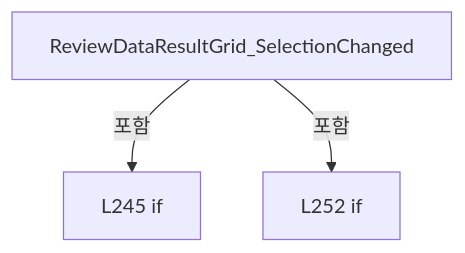
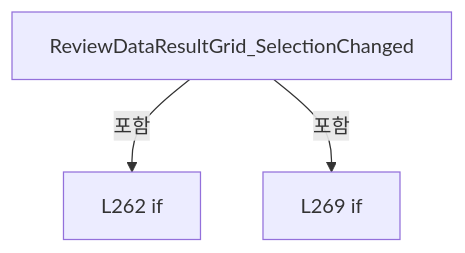
One commit to kjuws10-rgb/Shared changed diagram 11 of 18 in A3 LD Code Ref/files/Drilling.UI/Views/CReviewDataView.xaml.cs.md. Above: the diagram before and after it, drawn with Mermaid. The commit also changed other lines of this file and 2071 other files, not shown here.

Commit message:
docs(a3): update 11.19.0 architecture and code reference

````diff
--- a/A3 LD Code Ref/files/Drilling.UI/Views/CReviewDataView.xaml.cs.md
+++ b/A3 LD Code Ref/files/Drilling.UI/Views/CReviewDataView.xaml.cs.md
@@ -922,8 +1037,8 @@
 ```mermaid
 flowchart TD
  M["ReviewDataResultGrid_SelectionChanged"]
- N0["L245 if"]
+ N0["L262 if"]
  M -->|포함| N0
- N1["L252 if"]
+ N1["L269 if"]
  M -->|포함| N1
 ```
````
